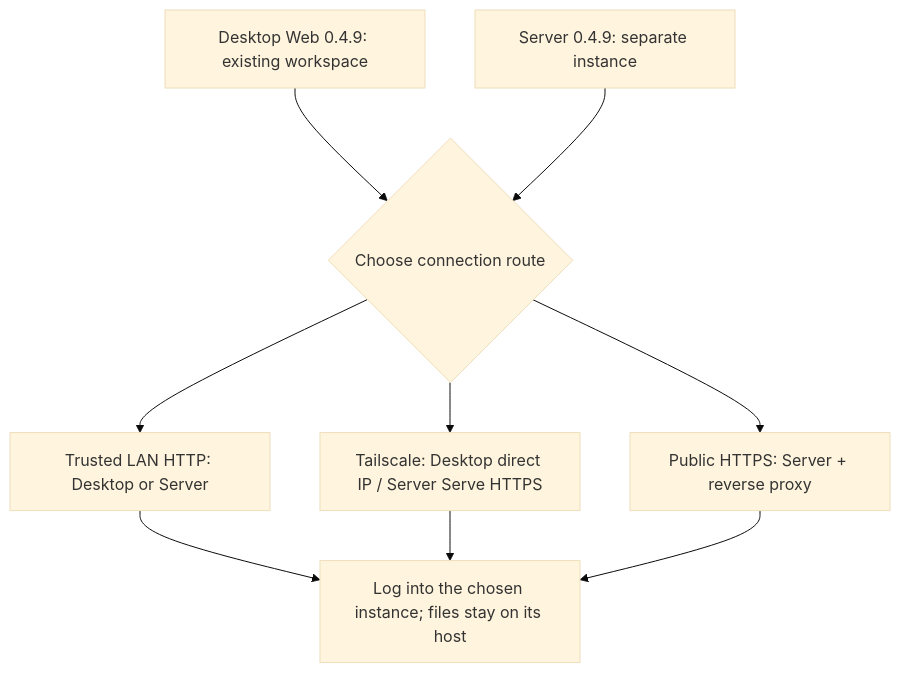
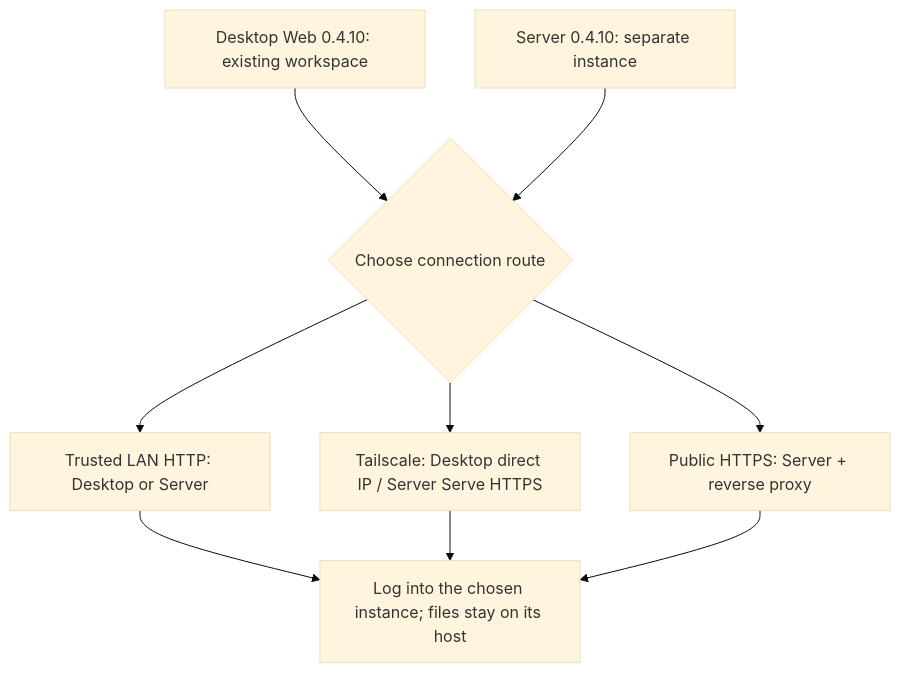
Before and after one commit to 123eyu/rovai-ai: the diagram in website/site/public/assets/diagrams/deployment-choice-en.mmd, drawn with Mermaid (base theme). The commit also changed 11 other files, not shown here.

Commit message:
docs(release): promote Desktop and Server v0.4.10

```diff
--- a/website/site/public/assets/diagrams/deployment-choice-en.mmd
+++ b/website/site/public/assets/diagrams/deployment-choice-en.mmd
@@ -1,12 +1,12 @@
 flowchart TB
-  desktop["Desktop Web 0.4.9: existing workspace"]
-  server["Server 0.4.9: separate instance"]
+  desktop["Desktop Web 0.4.10: existing workspace"]
+  server["Server 0.4.10: separate instance"]
   choice{"Choose connection route"}
   desktop --> choice
   server --> choice
   choice --> lan["Trusted LAN HTTP: Desktop or Server"]
   choice --> ts["Tailscale: Desktop direct IP / Server Serve HTTPS"]
   choice --> public["Public HTTPS: Server + reverse proxy"]
   lan --> login["Log into the chosen instance; files stay on its host"]
   ts --> login
   public --> login
```
